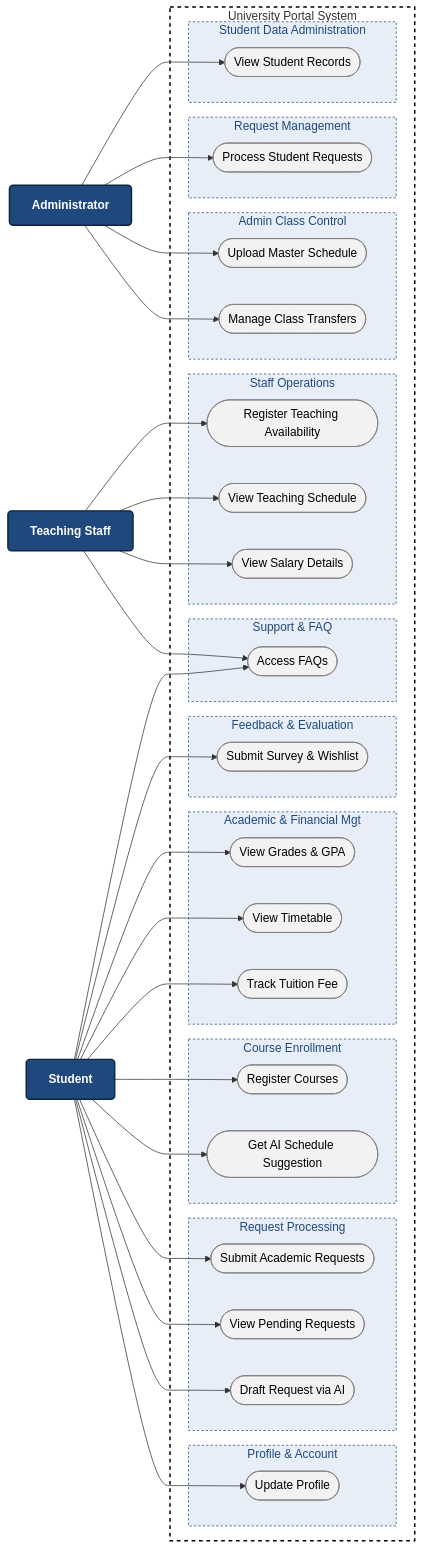
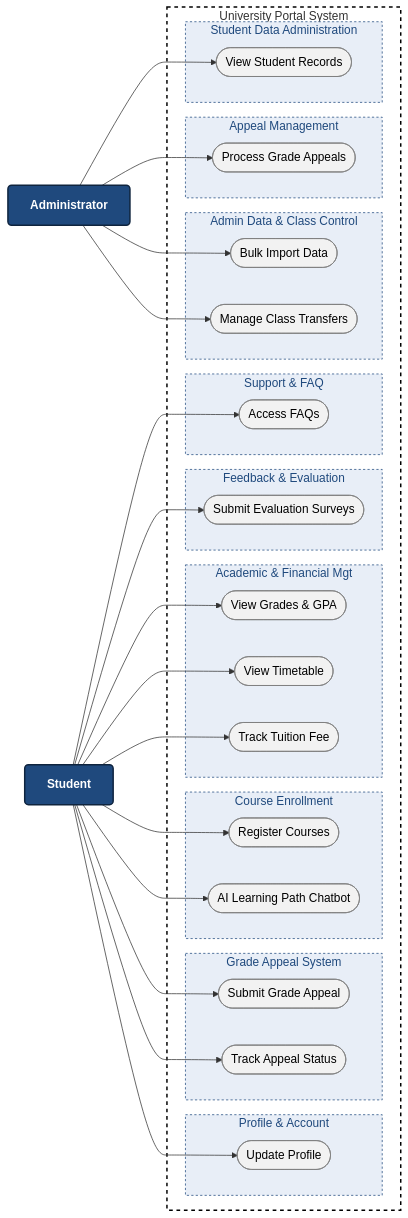
The diagram in docs/requirements/Project_Proposal.md (ltny24/Software-Engineering---Group-6), drawn with Mermaid before and after one commit. The commit also changed other lines of this file, not shown here.

Commit message:
Fix key features

````diff
--- a/docs/requirements/Project_Proposal.md
+++ b/docs/requirements/Project_Proposal.md
@@ -6,81 +6,67 @@
 ```mermaid
 flowchart LR
     classDef actor fill:#1f497d,stroke:#0f243e,stroke-width:2px,color:#fff,font-weight:bold,rx:5
     classDef usecase fill:#f2f2f2,stroke:#7f7f7f,stroke-width:1px,color:#000
     classDef sysBound fill:none,stroke:#000000,stroke-width:2px,stroke-dasharray: 5 5
     classDef module fill:#e8eef7,stroke:#1f497d,stroke-width:1px,color:#1f497d,stroke-dasharray: 3 3
 
     ST[" Student"]:::actor
-    TC[" Teaching Staff"]:::actor
     AD[" Administrator"]:::actor
 
     subgraph LMS["University Portal System"]
         
         subgraph M1["Profile & Account"]
             UC1([Update Profile]):::usecase
         end
-        subgraph M2["Request Processing"]
-            UC2([Submit Academic Requests]):::usecase
-            UC2_1([View Pending Requests]):::usecase
-            UC3([Draft Request via AI]):::usecase
+        subgraph M2["Grade Appeal System"]
+            UC2([Submit Grade Appeal]):::usecase
+            UC3([Track Appeal Status]):::usecase
         end
         subgraph M3["Course Enrollment"]
             UC4([Register Courses]):::usecase
-            UC5([Get AI Schedule Suggestion]):::usecase
+            UC5([AI Learning Path Chatbot]):::usecase
         end
         subgraph M4["Academic & Financial Mgt"]
             UC6([View Grades & GPA]):::usecase
             UC7([View Timetable]):::usecase
             UC8([Track Tuition Fee]):::usecase
         end
         subgraph M5["Feedback & Evaluation"]
-            UC9([Submit Survey & Wishlist]):::usecase
+            UC9([Submit Evaluation Surveys]):::usecase
         end
         subgraph M6["Support & FAQ"]
             UC10([Access FAQs]):::usecase
         end
-        subgraph M7["Staff Operations"]
-            UC11([Register Teaching Availability]):::usecase
-            UC12([View Teaching Schedule]):::usecase
-            UC16([View Salary Details]):::usecase
+        subgraph M7["Admin Data & Class Control"]
+            UC11([Bulk Import Data]):::usecase
+            UC12([Manage Class Transfers]):::usecase
         end
-        subgraph M8["Admin Class Control"]
-            UC13([Upload Master Schedule]):::usecase
-            UC14([Manage Class Transfers]):::usecase
+        subgraph M8["Appeal Management"]
+            UC13([Process Grade Appeals]):::usecase
         end
-        subgraph M9["Request Management"]
-            UC15([Process Student Requests]):::usecase
-        end
-        subgraph M10["Student Data Administration"]
-            UC17([View Student Records]):::usecase
+        subgraph M9["Student Data Administration"]
+            UC14([View Student Records]):::usecase
         end
     end
     
     class LMS sysBound
-    class M1,M2,M3,M4,M5,M6,M7,M8,M9,M10 module
+    class M1,M2,M3,M4,M5,M6,M7,M8,M9 module
 
-    %% Explicit Links for Student (Mũi tên xuôi)
+    %% Explicit Links for Student
     ST --> UC1
     ST --> UC2
-    ST --> UC2_1
     ST --> UC3
     ST --> UC4
     ST --> UC5
     ST --> UC6
     ST --> UC7
     ST --> UC8
     ST --> UC9
     ST --> UC10
 
-    %% Explicit Links for Teaching Staff (Mũi tên xuôi)
-    TC --> UC10
-    TC --> UC11
-    TC --> UC12
-    TC --> UC16
-
-    %% Explicit Links for Administrator (Mũi tên xuôi)
+    %% Explicit Links for Administrator
+    AD --> UC11
+    AD --> UC12
     AD --> UC13
     AD --> UC14
-    AD --> UC15
-    AD --> UC17
 ```
````
